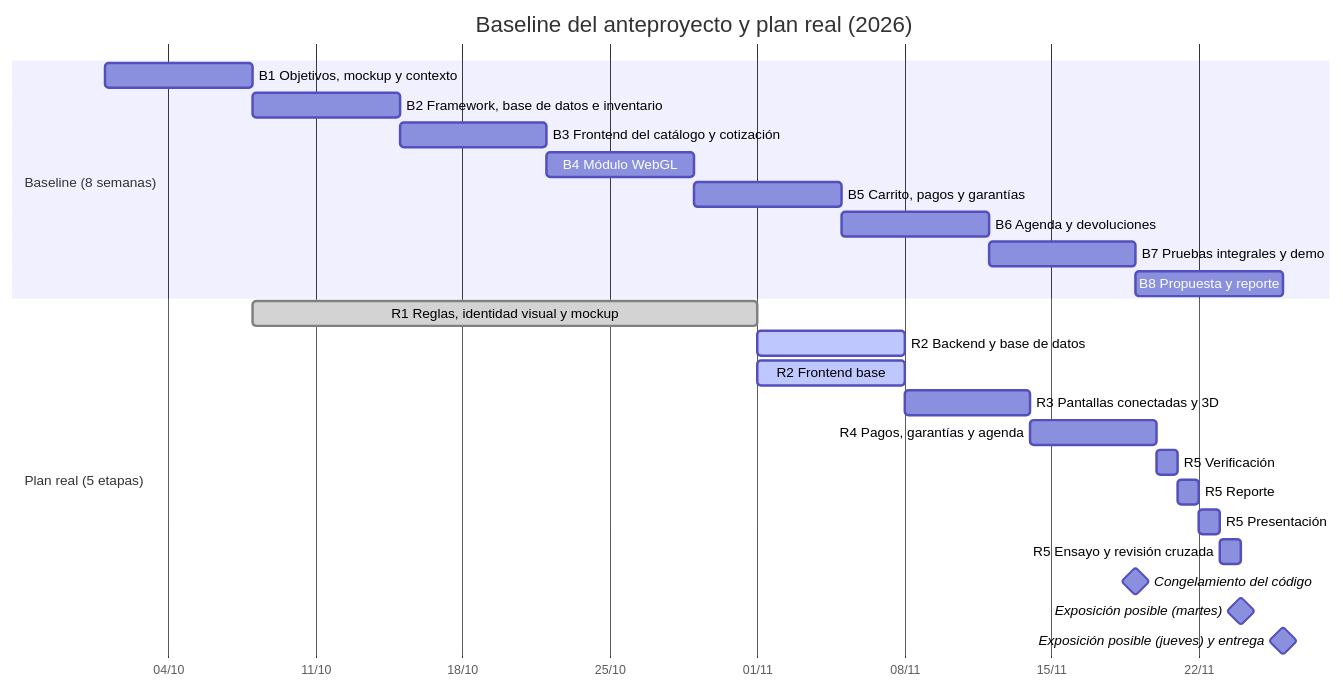
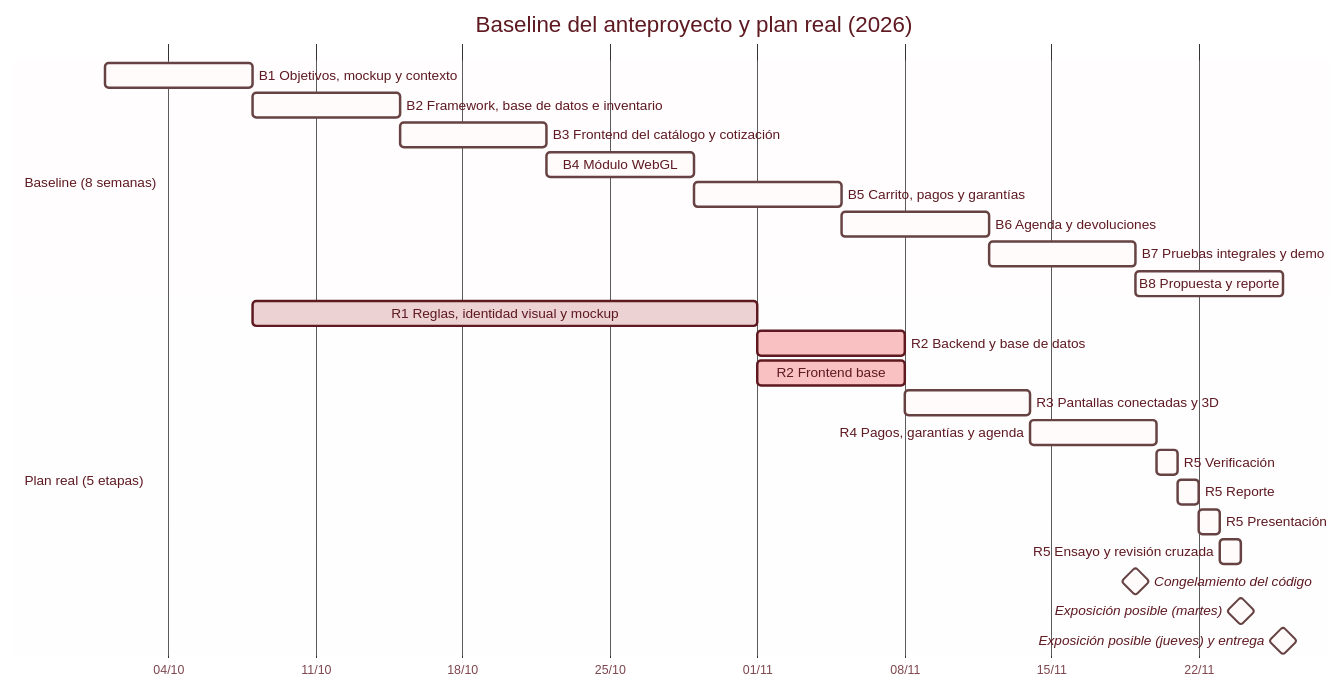
One commit to Yordi-JA/pasteleria-ilusion changed the diagram in docs/proyecto/plan-de-trabajo.md. Above: the diagram before and after it, drawn with Mermaid. The commit also changed 20 other files, not shown here.

First line of the commit message:
Docs/diagramas excalidraw (#7)

````diff
--- a/docs/proyecto/plan-de-trabajo.md
+++ b/docs/proyecto/plan-de-trabajo.md
@@ -94,30 +94,31 @@
 ```mermaid
+%%{init: {"theme": "base", "themeVariables": {"background": "#fff4f4", "primaryColor": "#f9c1c1", "primaryTextColor": "#5e1921", "primaryBorderColor": "#5e1921", "lineColor": "#664243", "textColor": "#5e1921", "titleColor": "#5e1921", "sectionBkgColor": "#fff4f4", "altSectionBkgColor": "#fffbfb", "sectionBkgColor2": "#fff4f4", "gridColor": "#ecd2d2", "taskBkgColor": "#fffbfb", "taskBorderColor": "#664243", "taskTextColor": "#5e1921", "taskTextDarkColor": "#5e1921", "taskTextLightColor": "#5e1921", "taskTextOutsideColor": "#5e1921", "activeTaskBkgColor": "#f9c1c1", "activeTaskBorderColor": "#5e1921", "doneTaskBkgColor": "#ecd2d2", "doneTaskBorderColor": "#5e1921", "todayLineColor": "#8f5413"}}}%%
 gantt
     title Baseline del anteproyecto y plan real (2026)
     dateFormat YYYY-MM-DD
     axisFormat %d/%m
 
     section Baseline (8 semanas)
     B1 Objetivos, mockup y contexto       :b1, 2026-10-01, 7d
     B2 Framework, base de datos e inventario :b2, 2026-10-08, 7d
     B3 Frontend del catálogo y cotización :b3, 2026-10-15, 7d
     B4 Módulo WebGL                       :b4, 2026-10-22, 7d
     B5 Carrito, pagos y garantías         :b5, 2026-10-29, 7d
     B6 Agenda y devoluciones              :b6, 2026-11-05, 7d
     B7 Pruebas integrales y demo          :b7, 2026-11-12, 7d
     B8 Propuesta y reporte                :b8, 2026-11-19, 7d
 
     section Plan real (5 etapas)
     R1 Reglas, identidad visual y mockup  :done, r1, 2026-10-08, 24d
     R2 Backend y base de datos            :active, r2a, 2026-11-01, 7d
     R2 Frontend base                      :active, r2b, 2026-11-01, 7d
     R3 Pantallas conectadas y 3D          :r3, 2026-11-08, 6d
     R4 Pagos, garantías y agenda          :r4, 2026-11-14, 6d
     R5 Verificación                       :r5a, 2026-11-20, 1d
     R5 Reporte                            :r5b, 2026-11-21, 1d
     R5 Presentación                       :r5c, 2026-11-22, 1d
     R5 Ensayo y revisión cruzada          :r5d, 2026-11-23, 1d
     Congelamiento del código              :milestone, m1, 2026-11-19, 0d
     Exposición posible (martes)           :milestone, m2, 2026-11-24, 0d
     Exposición posible (jueves) y entrega :milestone, m3, 2026-11-26, 0d
 ```
````
